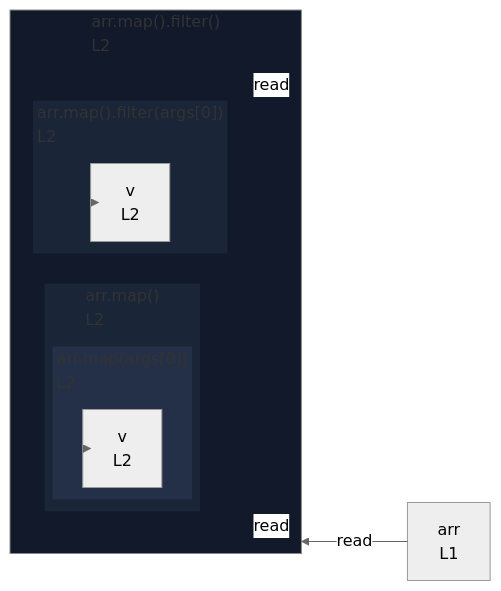
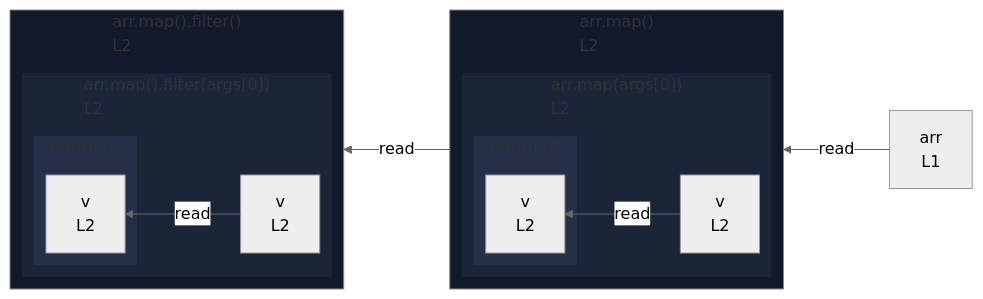
Before and after one commit to crescware/unsnarl: the diagram in integration/fixtures/callback/chained-statement/preview.md, drawn with Mermaid (neutral theme). The commit also changed 105 other files, not shown here.

````diff
--- a/integration/fixtures/callback/chained-statement/preview.md
+++ b/integration/fixtures/callback/chained-statement/preview.md
@@ -12,31 +12,43 @@
 ```mermaid
 %%{init: {"flowchart": {"defaultRenderer": "elk"}}}%%
 flowchart RL
   n_scope_0_arr_6["arr<br/>L1"]
   subgraph expr_stmt_23["arr.map().filter()<br/>L2"]
     direction RL
-    subgraph call_proxy_23_44["arr.map()<br/>L2"]
-      direction RL
-      subgraph s_scope_1["arr.map(args[0])<br/>L2"]
-        direction RL
-        n_scope_1_v_32["v<br/>L2"]
-      end
-    end
     subgraph s_scope_2["arr.map().filter(args[0])<br/>L2"]
       direction RL
       n_scope_2_v_53["v<br/>L2"]
+      subgraph s_return_scope_2_59_64["return L2"]
+        direction RL
+        ret_use_ref_3["v<br/>L2"]
+      end
     end
   end
-  n_scope_0_arr_6 -->|read| expr_stmt_23
-  n_scope_1_v_32 -->|read| expr_stmt_23
-  n_scope_2_v_53 -->|read| expr_stmt_23
+  subgraph call_proxy_23_44["arr.map()<br/>L2"]
+    direction RL
+    subgraph s_scope_1["arr.map(args[0])<br/>L2"]
+      direction RL
+      n_scope_1_v_32["v<br/>L2"]
+      subgraph s_return_scope_1_38_43["return L2"]
+        direction RL
+        ret_use_ref_2["v<br/>L2"]
+      end
+    end
+  end
+  call_proxy_23_44 -->|read| expr_stmt_23
+  n_scope_0_arr_6 -->|read| call_proxy_23_44
+  n_scope_1_v_32 -->|read| ret_use_ref_2
+  n_scope_2_v_53 -->|read| ret_use_ref_3
   classDef nestL1 fill:#11192a,stroke:transparent;
   class expr_stmt_23 nestL1;
+  class call_proxy_23_44 nestL1;
   classDef nestL2 fill:#1a2538,stroke:transparent;
-  class call_proxy_23_44 nestL2;
   class s_scope_2 nestL2;
+  class s_scope_1 nestL2;
   classDef nestL3 fill:#243047,stroke:transparent;
-  class s_scope_1 nestL3;
+  class s_return_scope_2_59_64 nestL3;
+  class s_return_scope_1_38_43 nestL3;
   classDef edgeTargetSubgraph stroke:#888;
   class expr_stmt_23 edgeTargetSubgraph;
+  class call_proxy_23_44 edgeTargetSubgraph;
 ```
````
